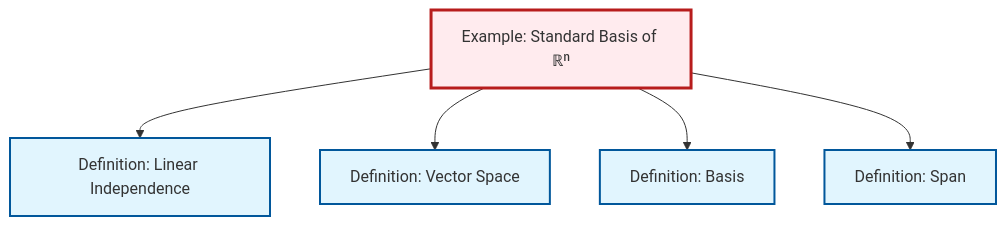
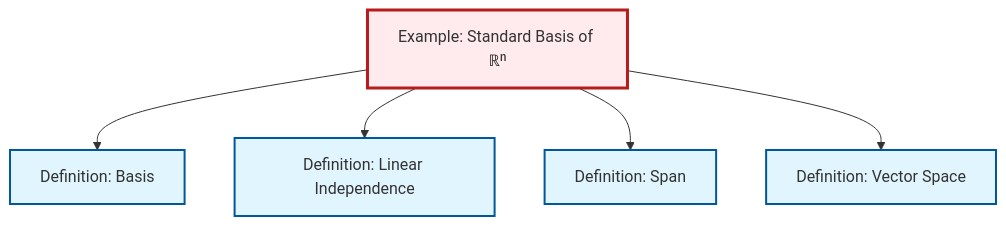
Before and after one commit to RK0429/ModernMath: the diagram in content/ja/algebra/ex-standard-basis-rn.qmd, drawn with Mermaid. The commit also changed other lines of this file and 434 other files, not shown here.

````diff
--- a/content/ja/algebra/ex-standard-basis-rn.qmd
+++ b/content/ja/algebra/ex-standard-basis-rn.qmd
@@ -63,23 +63,23 @@
 ```{mermaid}
 %%| fig-cap: "Local dependency graph"
 graph TD
     classDef definition fill:#e1f5fe,stroke:#01579b,stroke-width:2px
     classDef theorem fill:#f3e5f5,stroke:#4a148c,stroke-width:2px
     classDef axiom fill:#fff3e0,stroke:#e65100,stroke-width:2px
     classDef example fill:#e8f5e9,stroke:#1b5e20,stroke-width:2px
     classDef current fill:#ffebee,stroke:#b71c1c,stroke-width:3px
     def-linear-independence["Definition: Linear Independence"]:::definition
+    def-basis["Definition: Basis"]:::definition
+    ex-standard-basis-rn["Example: Standard Basis of ℝⁿ"]:::example
+    def-span["Definition: Span"]:::definition
     def-vector-space["Definition: Vector Space"]:::definition
-    def-span["Definition: Span"]:::definition
-    ex-standard-basis-rn["Example: Standard Basis of ℝⁿ"]:::example
-    def-basis["Definition: Basis"]:::definition
+    ex-standard-basis-rn --> def-basis
     ex-standard-basis-rn --> def-linear-independence
+    ex-standard-basis-rn --> def-span
     ex-standard-basis-rn --> def-vector-space
-    ex-standard-basis-rn --> def-basis
-    ex-standard-basis-rn --> def-span
     class ex-standard-basis-rn current
     click def-linear-independence "def-linear-independence.html" "Definition: Linear Independenceへ"
+    click def-basis "def-basis.html" "Definition: Basisへ"
+    click def-span "def-span.html" "Definition: Spanへ"
     click def-vector-space "def-vector-space.html" "Definition: Vector Spaceへ"
-    click def-span "def-span.html" "Definition: Spanへ"
-    click def-basis "def-basis.html" "Definition: Basisへ"
 ```
````
